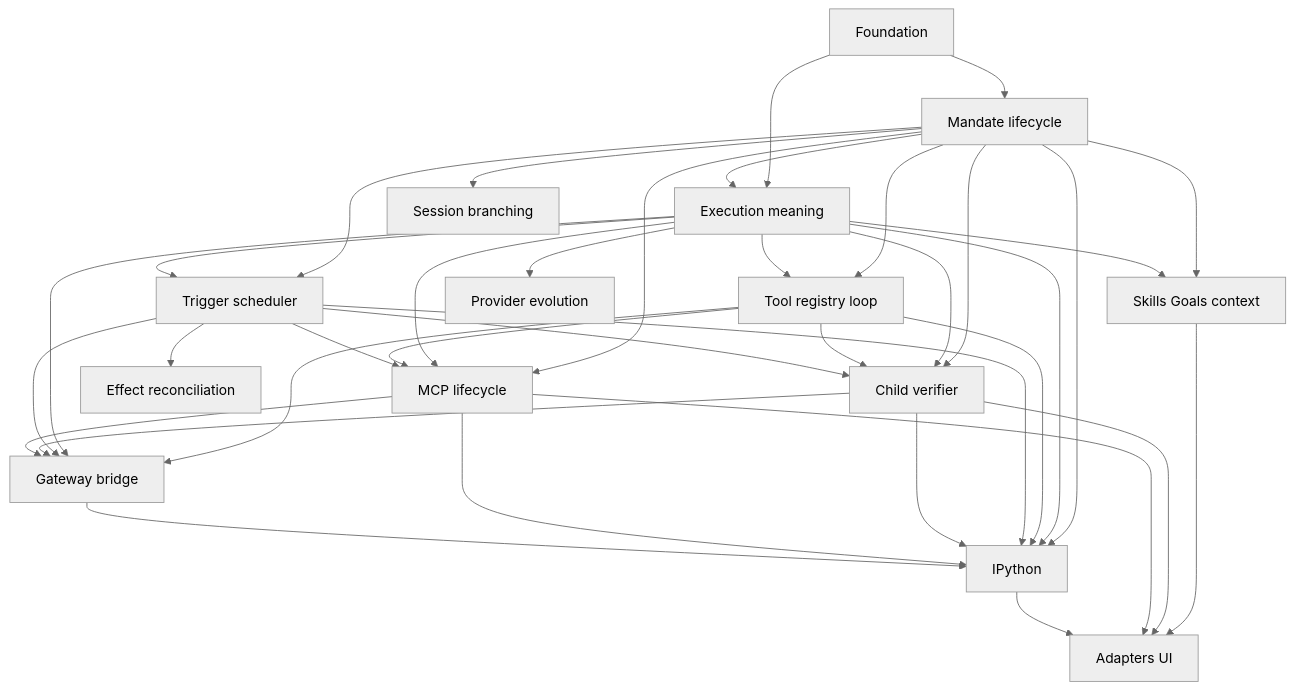
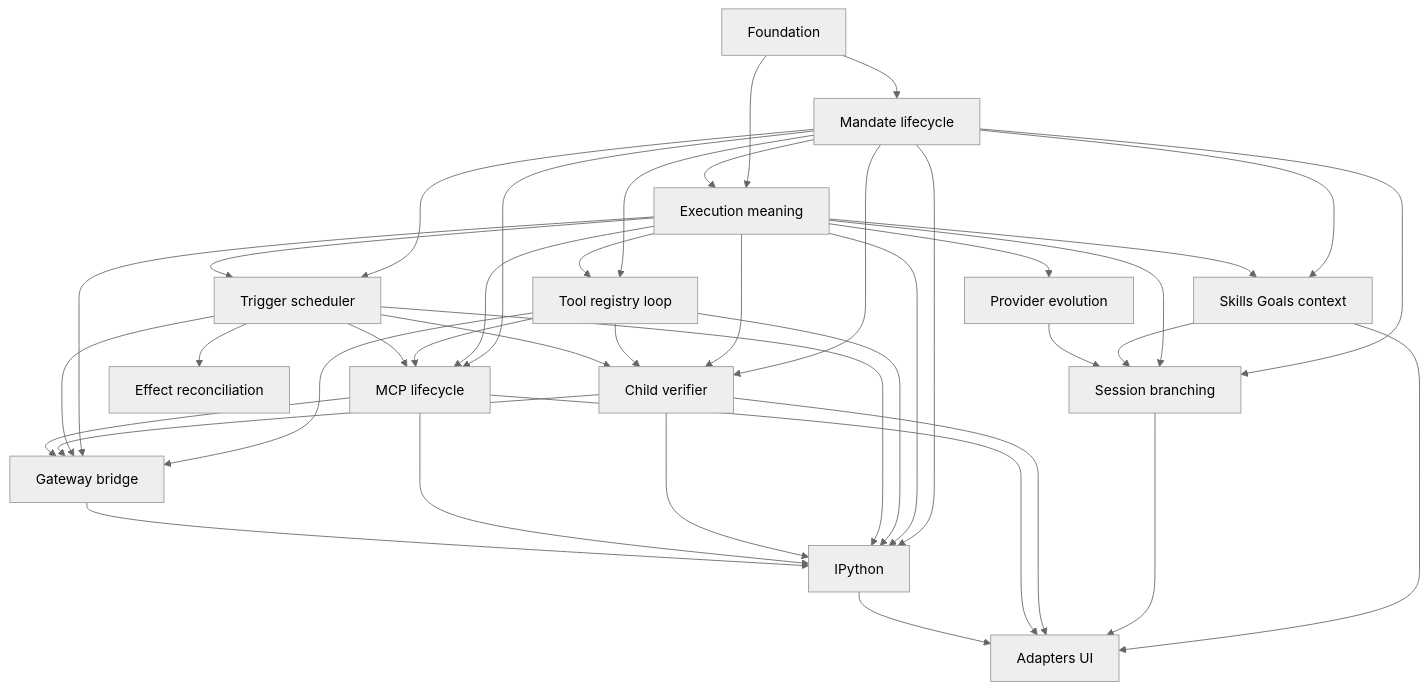
One commit to y0tsy/intention-relay changed the diagram in docs/intention-relay/reconciliation/ownership-and-dependency-map.md. Above: the diagram before and after it, drawn with Mermaid (neutral theme). The commit also changed other lines of this file and 29 other files, not shown here.

Commit message:
docs(architecture): define session branching

````diff
--- a/docs/intention-relay/reconciliation/ownership-and-dependency-map.md
+++ b/docs/intention-relay/reconciliation/ownership-and-dependency-map.md
@@ -28,39 +29,43 @@
 ```mermaid
 flowchart TD
   F[Foundation] --> E[Execution meaning]
   F --> M[Mandate lifecycle]
   M --> E
   M --> T[Tool registry loop]
   E --> T
   M --> S[Trigger scheduler]
   E --> S
   M --> C[Child verifier]
   E --> C
   T --> C
   S --> C
   M --> P[MCP lifecycle]
   E --> P
   T --> G[Gateway bridge]
   E --> G
   S --> G
   C --> G
   P --> G
   M --> I[IPython]
   E --> I
   T --> I
   S --> I
   C --> I
   P --> I
   S --> X[Effect reconciliation]
   T --> P
   S --> P
   M --> K[Skills Goals context]
   E --> K
   K --> U[Adapters UI]
   G --> I
   E --> V[Provider evolution]
   M --> B[Session branching]
+  E --> B
+  K --> B
+  V --> B
+  B --> U[Adapters UI]
   C --> U[Adapters UI]
   P --> U
   I --> U
 ```
````
